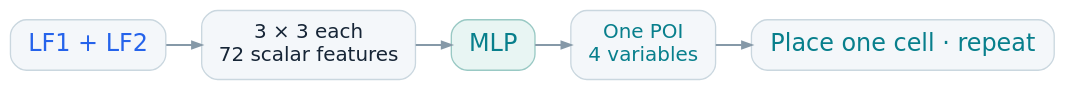
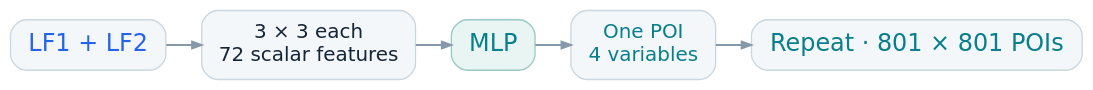
The diagram in scripts/figure_tools/poi_pipeline.dot (VYang-Lab/NNLCI), drawn with Graphviz before and after one commit. The commit also changed 19 other files, not shown here.

```diff
--- a/scripts/figure_tools/poi_pipeline.dot
+++ b/scripts/figure_tools/poi_pipeline.dot
@@ -1,13 +1,13 @@
-// Production route composited beneath the LF planes and prediction mosaic.
+// Production route composited beneath the LF planes and reference assembly.
 digraph POI {
   graph [rankdir=LR, bgcolor="transparent", pad=0.12, nodesep=0.16, ranksep=0.38];
   node [shape=box, style="rounded,filled", fontname="DejaVu Sans", fontsize=18,
         color="#cad7df", fillcolor="#f4f7fa", fontcolor="#162536", margin="0.18,0.12"];
   edge [color="#8699a8", penwidth=1.5, arrowsize=0.7];
   lf [label="LF1 + LF2", fontcolor="#2563eb"];
   align [label="3 × 3 each\n72 scalar features", fontsize=15];
   net [label="MLP", fillcolor="#e8f5f3", color="#99c9c4", fontcolor="#087f8c"];
   point [label="One POI\n4 variables", fontcolor="#087f8c", fontsize=15];
-  field [label="Place one cell · repeat", fontcolor="#087f8c"];
+  field [label="Repeat · 801 × 801 POIs", fontcolor="#087f8c"];
   lf -> align -> net -> point -> field;
 }
```
